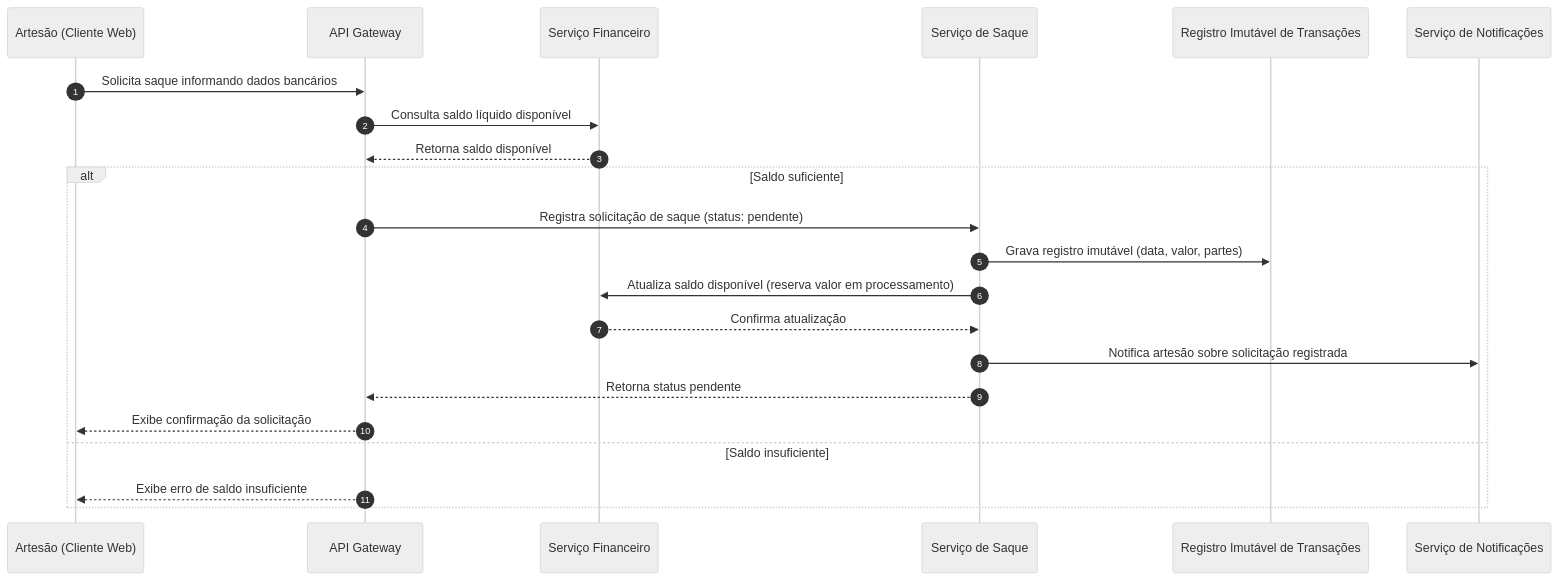
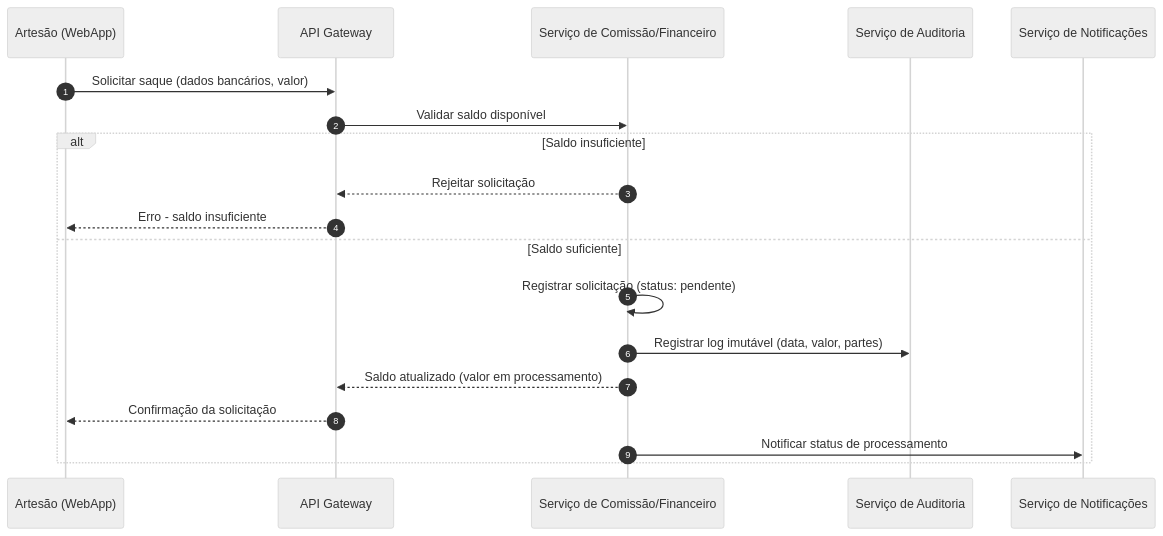
One commit to PDC-ESIA/AI4ES changed the third of 3 diagrams in docs/Time_2_Design/analise-qualitativa/outputs/relatorio_claude_sonnet_5_M03.md. Above: the diagram before and after it, drawn with Mermaid (neutral theme). The commit also changed other lines of this file and 107 other files, not shown here.

````diff
--- a/docs/Time_2_Design/analise-qualitativa/outputs/relatorio_claude_sonnet_5_M03.md
+++ b/docs/Time_2_Design/analise-qualitativa/outputs/relatorio_claude_sonnet_5_M03.md
@@ -151,26 +151,22 @@
 ```mermaid
 sequenceDiagram
     autonumber
-    participant Artesao as Artesão (Cliente Web)
-    participant Gateway as API Gateway
-    participant Financeiro as Serviço Financeiro
-    participant Payout as Serviço de Saque
-    participant Ledger as Registro Imutável de Transações
+    participant Artesao as Artesão (WebApp)
+    participant GW as API Gateway
+    participant Financeiro as Serviço de Comissão/Financeiro
+    participant Auditoria as Serviço de Auditoria
     participant Notificacao as Serviço de Notificações
 
-    Artesao->>Gateway: Solicita saque informando dados bancários
-    Gateway->>Financeiro: Consulta saldo líquido disponível
-    Financeiro-->>Gateway: Retorna saldo disponível
-
-    alt Saldo suficiente
-        Gateway->>Payout: Registra solicitação de saque (status: pendente)
-        Payout->>Ledger: Grava registro imutável (data, valor, partes)
-        Payout->>Financeiro: Atualiza saldo disponível (reserva valor em processamento)
-        Financeiro-->>Payout: Confirma atualização
-        Payout->>Notificacao: Notifica artesão sobre solicitação registrada
-        Payout-->>Gateway: Retorna status pendente
-        Gateway-->>Artesao: Exibe confirmação da solicitação
-    else Saldo insuficiente
-        Gateway-->>Artesao: Exibe erro de saldo insuficiente
+    Artesao->>GW: Solicitar saque (dados bancários, valor)
+    GW->>Financeiro: Validar saldo disponível
+    alt Saldo insuficiente
+        Financeiro-->>GW: Rejeitar solicitação
+        GW-->>Artesao: Erro - saldo insuficiente
+    else Saldo suficiente
+        Financeiro->>Financeiro: Registrar solicitação (status: pendente)
+        Financeiro->>Auditoria: Registrar log imutável (data, valor, partes)
+        Financeiro-->>GW: Saldo atualizado (valor em processamento)
+        GW-->>Artesao: Confirmação da solicitação
+        Financeiro->>Notificacao: Notificar status de processamento
     end
 ```
````
